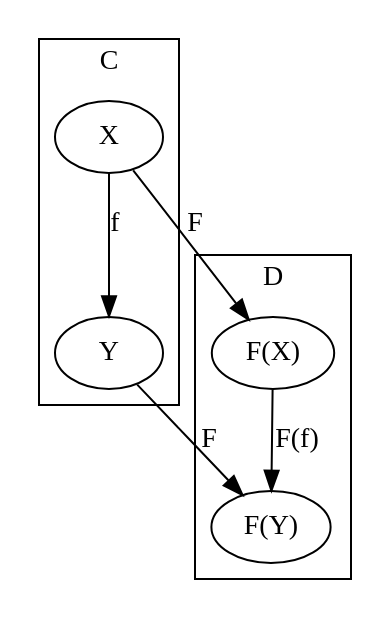
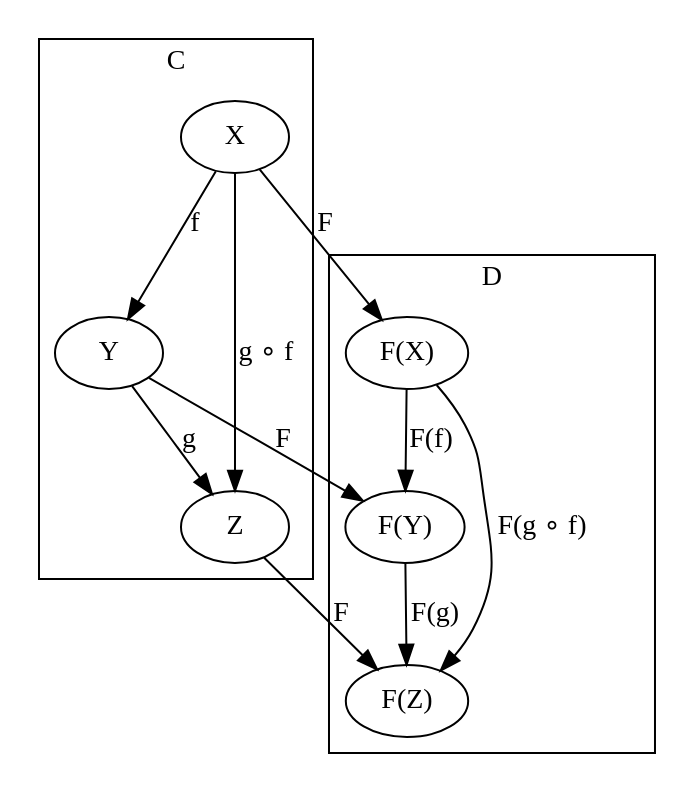
Before and after one commit to frankymacster/category-theory-graphviz: the diagram in functor.md, drawn with Graphviz. The commit also changed other lines of this file, not shown here.

Commit message:
functor: update graphviz

````diff
--- a/functor.md
+++ b/functor.md
@@ -3,20 +3,29 @@
 ```graphviz
 digraph G {
   subgraph clusterC {
     label="C"
     "X"
     "Y"
+    "Z"    
+
     "X" -> "Y" [label="f"]
+    "Y" -> "Z" [label="g"]
+    "X" -> "Z" [label="g ∘ f"]
   }
 
   subgraph clusterD {
     label="D"
     "F(X)"
     "F(Y)"
+    "F(Z)"
+
     "F(X)" -> "F(Y)" [label="F(f)"]
+    "F(Y)" -> "F(Z)" [label="F(g)"]
+    "F(X)" -> "F(Z)" [label="F(g ∘ f)"]
   }
 
   "X" -> "F(X)" [label="F"]
   "Y" -> "F(Y)" [label="F"]
+  "Z" -> "F(Z)" [label="F"]
 }
 ```
````
